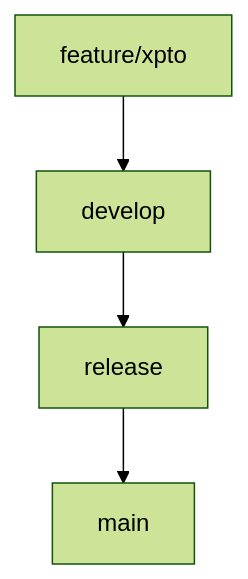
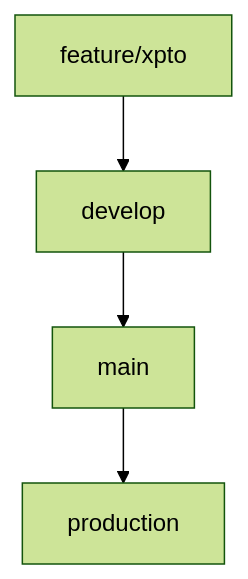
One commit to trade-arena/demo-repository changed the second of 2 diagrams in README.md. Above: the diagram before and after it, drawn with Mermaid (forest theme). The commit also changed other lines of this file, not shown here.

````diff
--- a/README.md
+++ b/README.md
@@ -43,6 +44,6 @@
 ```mermaid
 graph TD;
   A[feature/xpto] --> B[develop];
-  B --> C[release];
-  C --> D[main];
+  B --> C[main];
+  C --> D[production];
 ```
````
